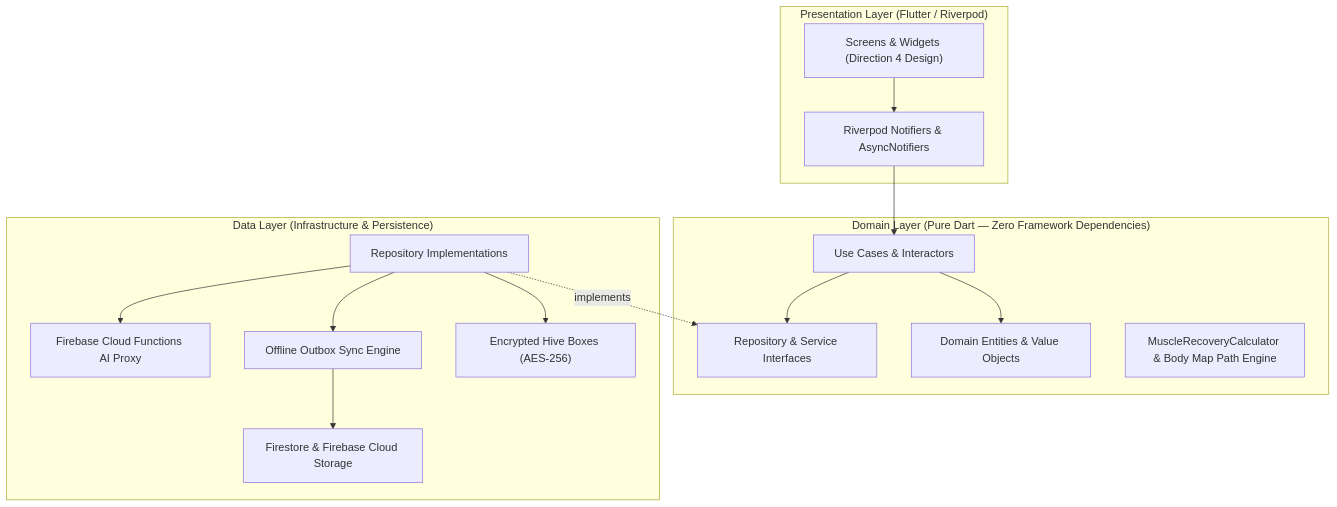
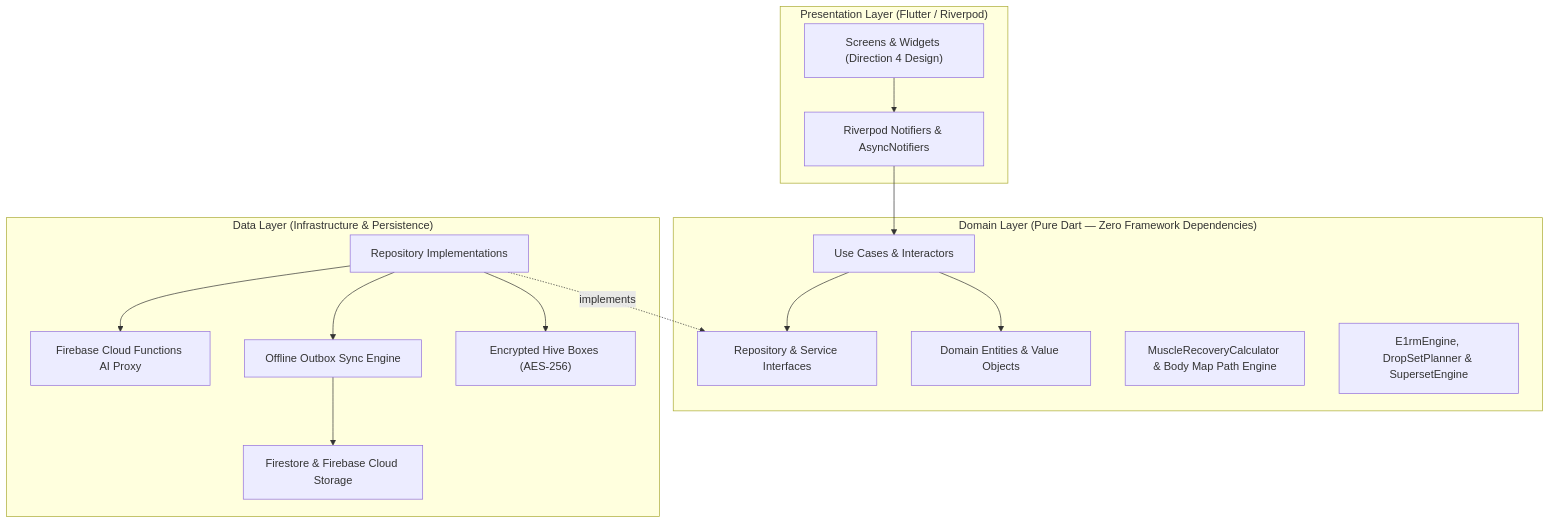
The first of 4 diagrams in docs/CLIENT_PACK/ARCHITECTURE_OVERVIEW.md (hamdiouni/ironflow-fitness-app), drawn with Mermaid before and after one commit. The commit also changed other lines of this file and 15 other files, not shown here.

````diff
--- a/docs/CLIENT_PACK/ARCHITECTURE_OVERVIEW.md
+++ b/docs/CLIENT_PACK/ARCHITECTURE_OVERVIEW.md
@@ -13,32 +13,33 @@
 ```mermaid
 flowchart TD
     subgraph Presentation ["Presentation Layer (Flutter / Riverpod)"]
         UI["Screens & Widgets (Direction 4 Design)"]
         Notifiers["Riverpod Notifiers & AsyncNotifiers"]
     end
 
     subgraph Domain ["Domain Layer (Pure Dart — Zero Framework Dependencies)"]
         UseCases["Use Cases & Interactors"]
         Entities["Domain Entities & Value Objects"]
         ServiceInterfaces["Repository & Service Interfaces"]
         BodyMapEngine["MuscleRecoveryCalculator & Body Map Path Engine"]
+        StrengthEngine["E1rmEngine, DropSetPlanner & SupersetEngine"]
     end
 
     subgraph Data ["Data Layer (Infrastructure & Persistence)"]
         RepoImpl["Repository Implementations"]
         LocalData["Encrypted Hive Boxes (AES-256)"]
         SyncEngine["Offline Outbox Sync Engine"]
         CloudProxy["Firebase Cloud Functions AI Proxy"]
         RemoteData["Firestore & Firebase Cloud Storage"]
     end
 
     UI --> Notifiers
     Notifiers --> UseCases
     UseCases --> Entities
     UseCases --> ServiceInterfaces
     RepoImpl -.implements.-> ServiceInterfaces
     RepoImpl --> LocalData
     RepoImpl --> SyncEngine
     SyncEngine --> RemoteData
     RepoImpl --> CloudProxy
 ```
````
